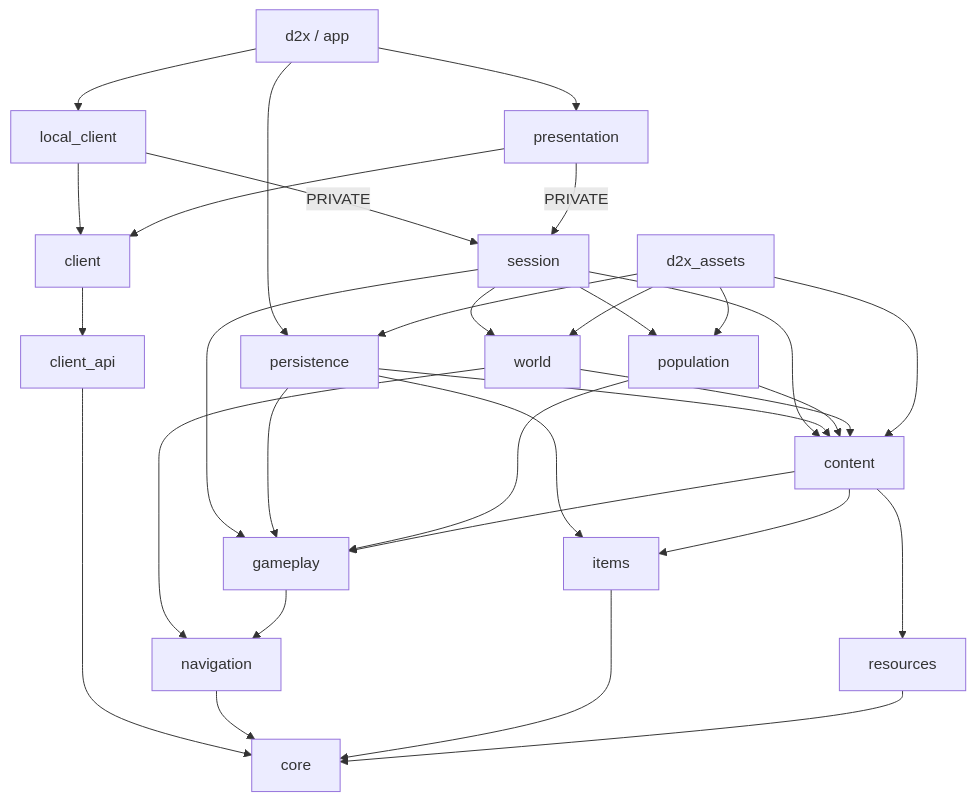
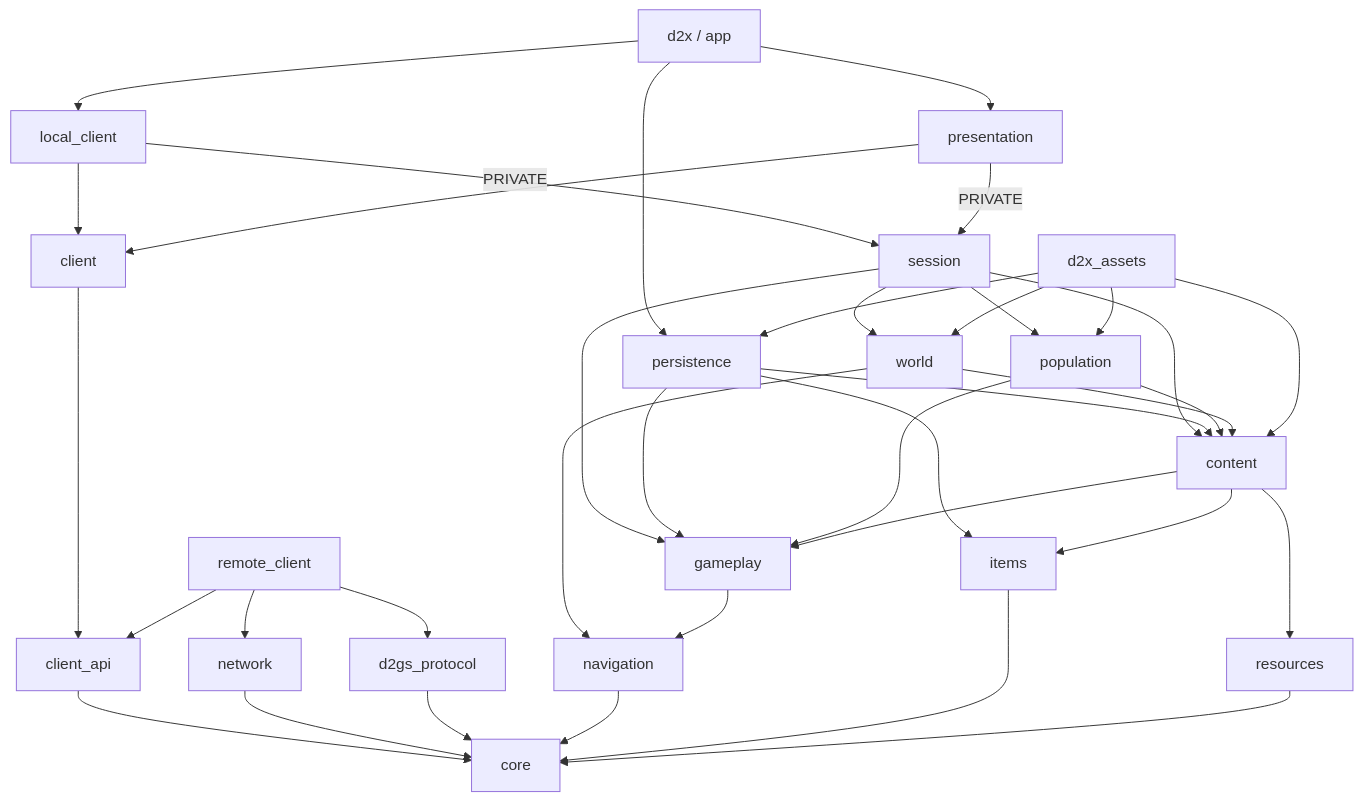
Before and after one commit to bombzj/d2x: the diagram in docs/architecture/OVERVIEW.md, drawn with Mermaid. The commit also changed other lines of this file and 48 other files, not shown here.

Commit message:
Complete PvPGN pre-game flow and document D2GS integration

````diff
--- a/docs/architecture/OVERVIEW.md
+++ b/docs/architecture/OVERVIEW.md
@@ -38,34 +42,39 @@
 ```mermaid
 flowchart TD
     app["d2x / app"] --> presentation
     app --> persistence
     app --> local_client
     local_client --> client
     client --> client_api
     local_client -->|PRIVATE| session
     presentation --> client
     client_api --> core
+    remote_client --> client_api
+    remote_client --> network
+    remote_client --> d2gs_protocol
+    network --> core
+    d2gs_protocol --> core
     presentation -->|PRIVATE| session
     session --> gameplay
     session --> world
     session --> content
     session --> population
     persistence --> gameplay
     persistence --> items
     persistence --> content
     population --> content
     population --> gameplay
     world --> content
     world --> navigation
     content --> resources
     content --> items
     content --> gameplay
     gameplay --> navigation
     navigation --> core
     items --> core
     resources --> core
     assets["d2x_assets"] --> content
     assets --> world
     assets --> population
     assets --> persistence
 ```
````
